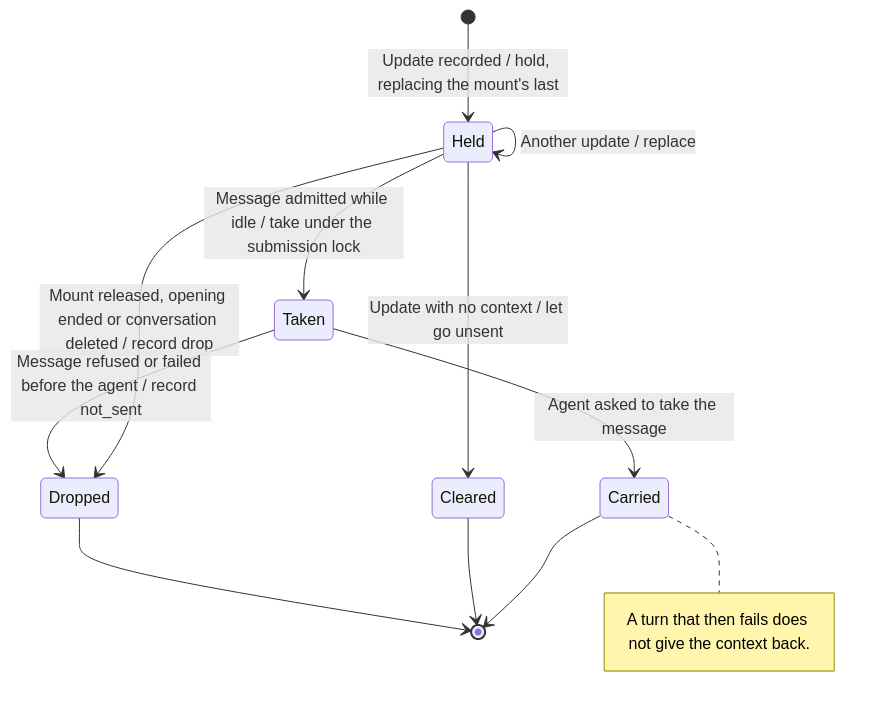
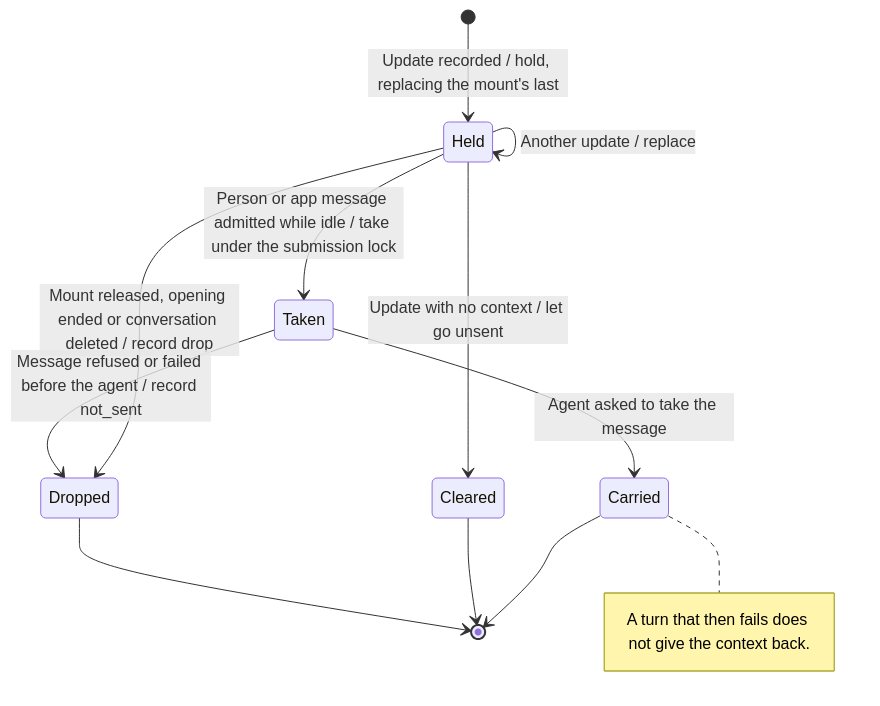
The diagram in docs/state/services/sdk/runtime/an-app-sends-a-message-and-gives-the-model-context.md (nessalabs/nessa-agent), drawn with Mermaid before and after one commit. The commit also changed other lines of this file and 7 other files, not shown here.

````diff
--- a/docs/state/services/sdk/runtime/an-app-sends-a-message-and-gives-the-model-context.md
+++ b/docs/state/services/sdk/runtime/an-app-sends-a-message-and-gives-the-model-context.md
@@ -45,16 +51,16 @@
 ```mermaid
 stateDiagram-v2
     [*] --> Held: Update recorded / hold, replacing the mount's last
     Held --> Held: Another update / replace
     Held --> Cleared: Update with no context / let go unsent
-    Held --> Taken: Message admitted while idle / take under the submission lock
+    Held --> Taken: Person or app message admitted while idle / take under the submission lock
     Held --> Dropped: Mount released, opening ended or conversation deleted / record drop
     Taken --> Carried: Agent asked to take the message
     Taken --> Dropped: Message refused or failed before the agent / record not_sent
     Carried --> [*]
     Cleared --> [*]
     Dropped --> [*]
     note right of Carried
         A turn that then fails does not give the context back.
     end note
 ```
````
